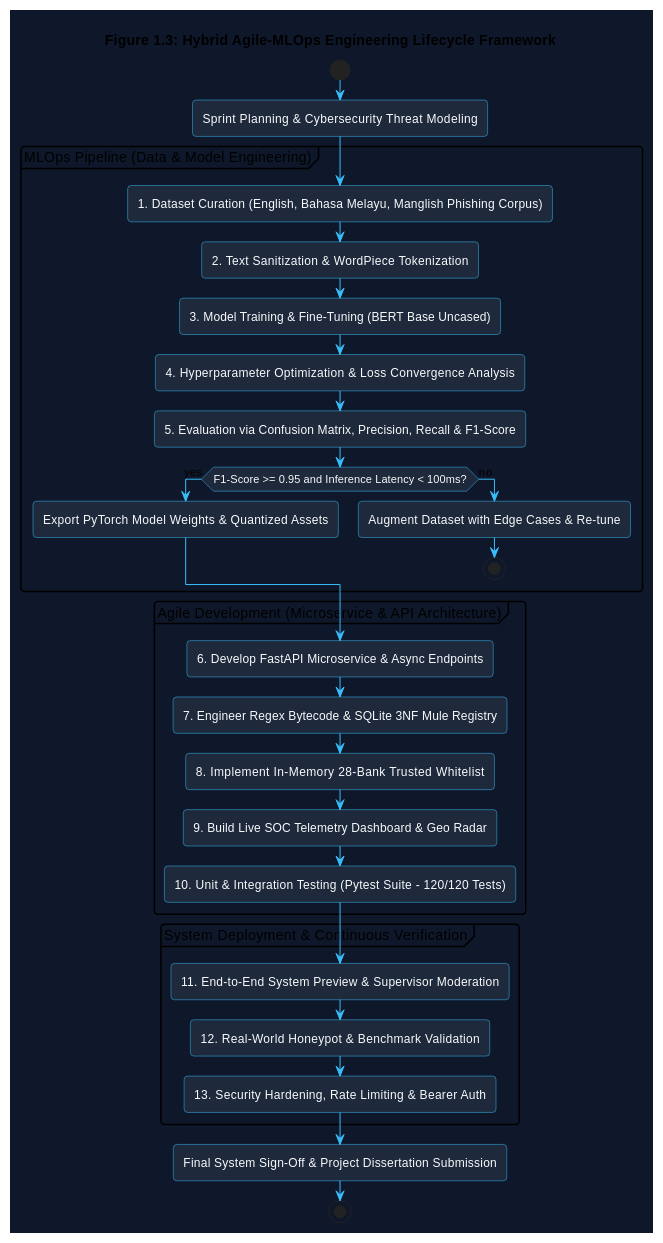
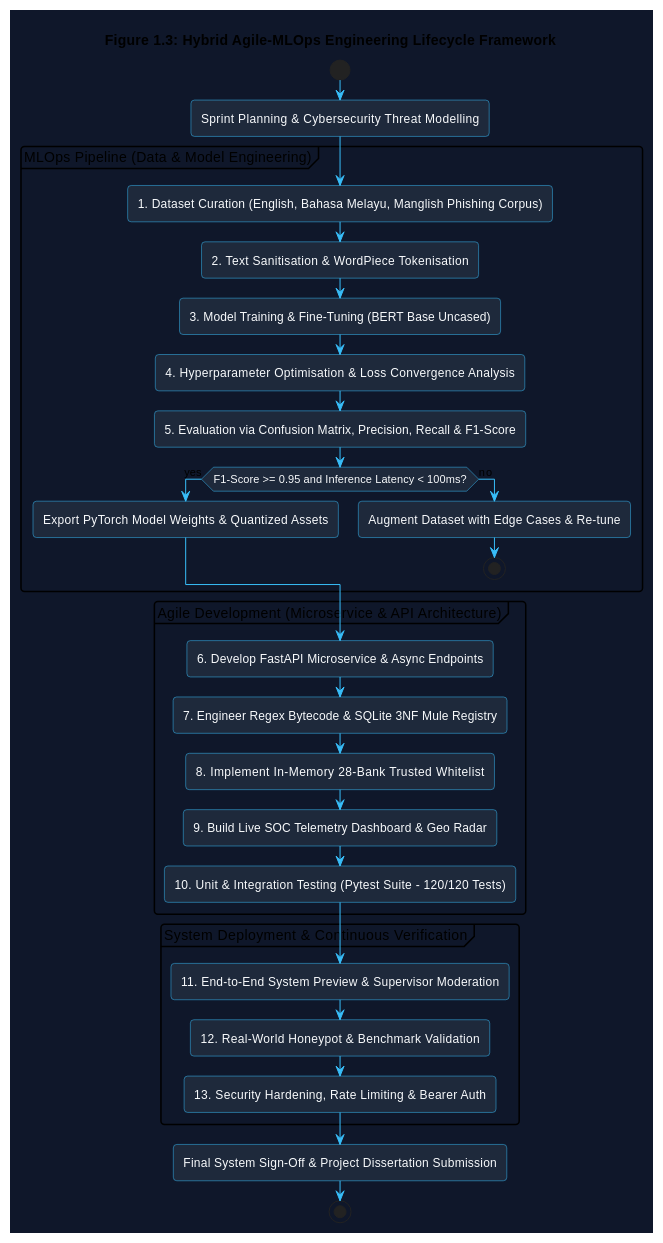
Before and after one commit to KunTheNoobie/PhishGuard-AI-Complete: the fourth of 4 diagrams in report/Chapter_1_Introduction.md, drawn with PlantUML. The commit also changed other lines of this file and 1 other file, not shown here.

````diff
--- a/report/Chapter_1_Introduction.md
+++ b/report/Chapter_1_Introduction.md
@@ -527,47 +610,47 @@
 ```plantuml
 @startuml Agile_MLOps_Lifecycle_Chapter_1
 !theme vibrant
 skinparam backgroundColor #0f172a
 skinparam ArrowColor #38bdf8
 skinparam ActivityBorderColor #38bdf8
 skinparam ActivityBackgroundColor #1e293b
 skinparam ActivityFontColor #f8fafc
 
 title Figure 1.3: Hybrid Agile-MLOps Engineering Lifecycle Framework
 
 start
-:Sprint Planning & Cybersecurity Threat Modeling;
+:Sprint Planning & Cybersecurity Threat Modelling;
 
 partition "MLOps Pipeline (Data & Model Engineering)" {
     :1. Dataset Curation (English, Bahasa Melayu, Manglish Phishing Corpus);
-    :2. Text Sanitization & WordPiece Tokenization;
+    :2. Text Sanitisation & WordPiece Tokenisation;
     :3. Model Training & Fine-Tuning (BERT Base Uncased);
-    :4. Hyperparameter Optimization & Loss Convergence Analysis;
+    :4. Hyperparameter Optimisation & Loss Convergence Analysis;
     :5. Evaluation via Confusion Matrix, Precision, Recall & F1-Score;
     if (F1-Score >= 0.95 and Inference Latency < 100ms?) then (yes)
         :Export PyTorch Model Weights & Quantized Assets;
     else (no)
         :Augment Dataset with Edge Cases & Re-tune;
         stop
     endif
 }
 
 partition "Agile Development (Microservice & API Architecture)" {
     :6. Develop FastAPI Microservice & Async Endpoints;
     :7. Engineer Regex Bytecode & SQLite 3NF Mule Registry;
     :8. Implement In-Memory 28-Bank Trusted Whitelist;
     :9. Build Live SOC Telemetry Dashboard & Geo Radar;
     :10. Unit & Integration Testing (Pytest Suite - 120/120 Tests);
 }
 
 partition "System Deployment & Continuous Verification" {
     :11. End-to-End System Preview & Supervisor Moderation;
     :12. Real-World Honeypot & Benchmark Validation;
     :13. Security Hardening, Rate Limiting & Bearer Auth;
 }
 
 :Final System Sign-Off & Project Dissertation Submission;
 stop
 
 @enduml
 ```
````
